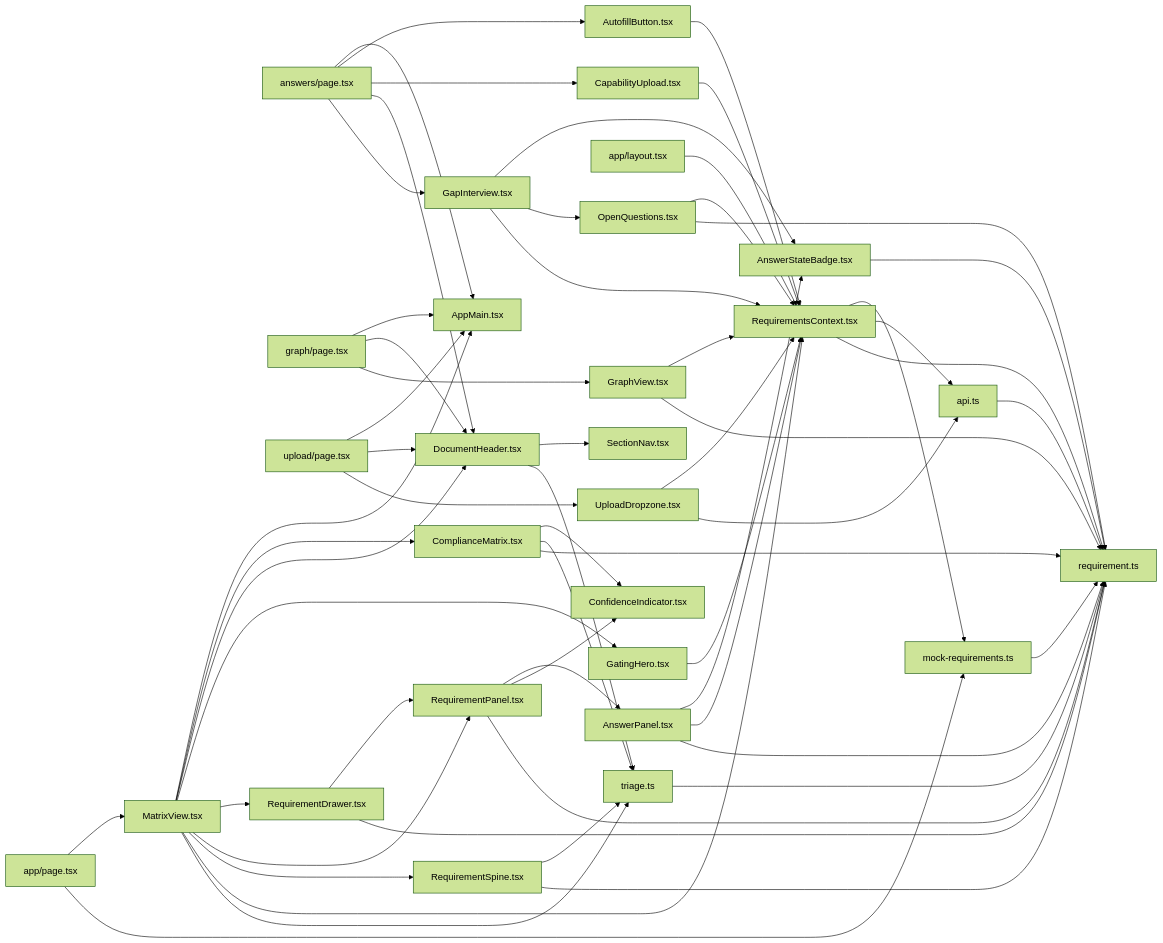
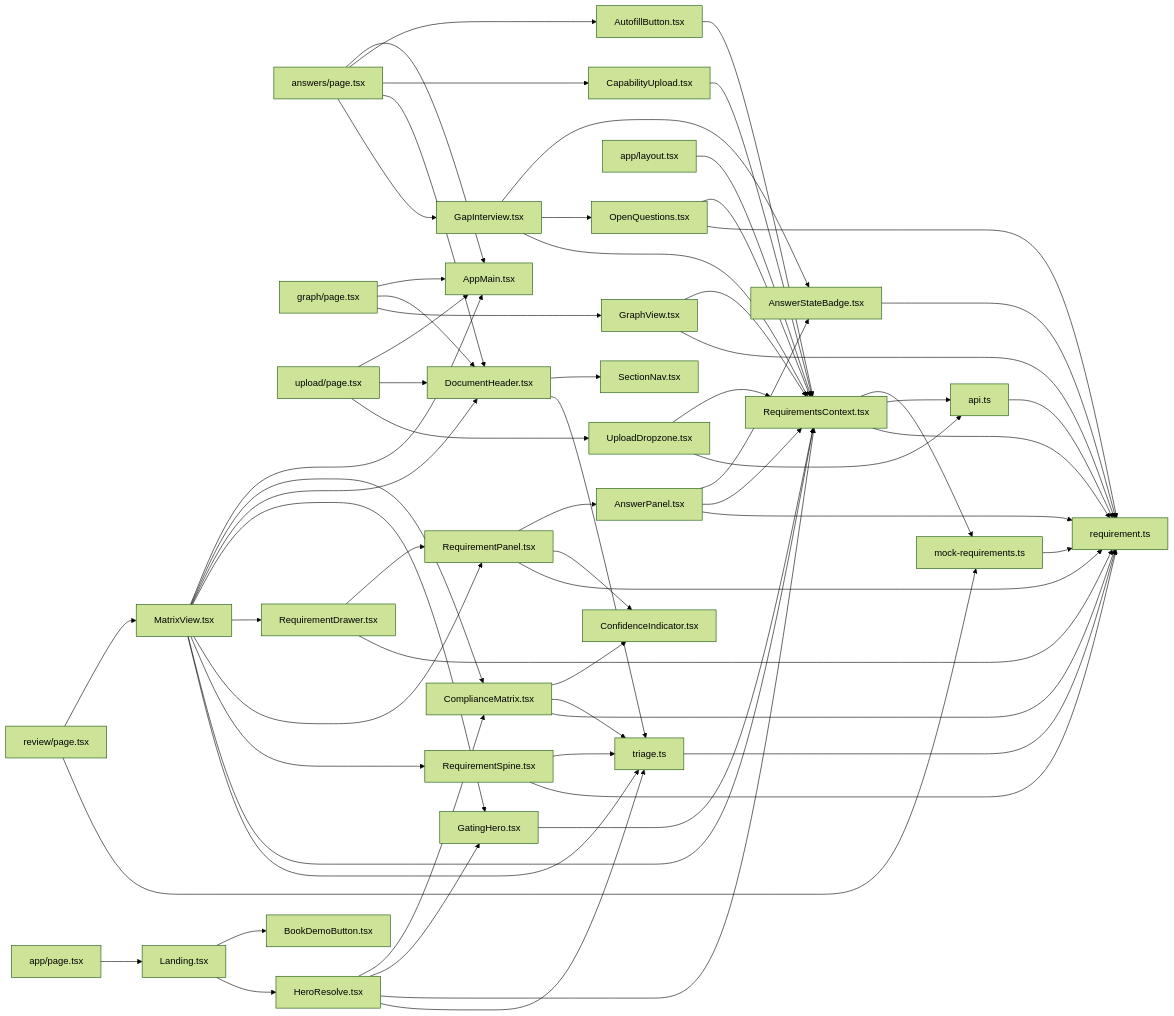
The second of 3 diagrams in CODEMAP.md (Welddevelopment/Bidframe), drawn with Mermaid (forest theme) before and after one commit. The commit also changed other lines of this file and 9 other files, not shown here.

First line of the commit message:
frontend: build the public landing page at / (executing Jawad's brief)

````diff
--- a/CODEMAP.md
+++ b/CODEMAP.md
@@ -43,60 +43,67 @@
 ```mermaid
 graph LR
   n0[answers/page.tsx] --> n1[AppMain.tsx]
   n0[answers/page.tsx] --> n2[AutofillButton.tsx]
   n0[answers/page.tsx] --> n3[CapabilityUpload.tsx]
   n0[answers/page.tsx] --> n4[DocumentHeader.tsx]
   n0[answers/page.tsx] --> n5[GapInterview.tsx]
   n6[graph/page.tsx] --> n1[AppMain.tsx]
   n6[graph/page.tsx] --> n4[DocumentHeader.tsx]
   n6[graph/page.tsx] --> n7[GraphView.tsx]
   n8[app/layout.tsx] --> n9[RequirementsContext.tsx]
-  n10[app/page.tsx] --> n11[MatrixView.tsx]
-  n10[app/page.tsx] --> n12[mock-requirements.ts]
-  n13[upload/page.tsx] --> n1[AppMain.tsx]
-  n13[upload/page.tsx] --> n4[DocumentHeader.tsx]
-  n13[upload/page.tsx] --> n14[UploadDropzone.tsx]
-  n15[AnswerPanel.tsx] --> n16[AnswerStateBadge.tsx]
-  n15[AnswerPanel.tsx] --> n9[RequirementsContext.tsx]
-  n15[AnswerPanel.tsx] --> n17[requirement.ts]
-  n16[AnswerStateBadge.tsx] --> n17[requirement.ts]
+  n10[app/page.tsx] --> n11[Landing.tsx]
+  n12[review/page.tsx] --> n13[MatrixView.tsx]
+  n12[review/page.tsx] --> n14[mock-requirements.ts]
+  n15[upload/page.tsx] --> n1[AppMain.tsx]
+  n15[upload/page.tsx] --> n4[DocumentHeader.tsx]
+  n15[upload/page.tsx] --> n16[UploadDropzone.tsx]
+  n17[AnswerPanel.tsx] --> n18[AnswerStateBadge.tsx]
+  n17[AnswerPanel.tsx] --> n9[RequirementsContext.tsx]
+  n17[AnswerPanel.tsx] --> n19[requirement.ts]
+  n18[AnswerStateBadge.tsx] --> n19[requirement.ts]
   n2[AutofillButton.tsx] --> n9[RequirementsContext.tsx]
   n3[CapabilityUpload.tsx] --> n9[RequirementsContext.tsx]
-  n18[ComplianceMatrix.tsx] --> n19[ConfidenceIndicator.tsx]
-  n18[ComplianceMatrix.tsx] --> n20[triage.ts]
-  n18[ComplianceMatrix.tsx] --> n17[requirement.ts]
-  n4[DocumentHeader.tsx] --> n21[SectionNav.tsx]
-  n4[DocumentHeader.tsx] --> n20[triage.ts]
-  n5[GapInterview.tsx] --> n16[AnswerStateBadge.tsx]
-  n5[GapInterview.tsx] --> n22[OpenQuestions.tsx]
+  n20[ComplianceMatrix.tsx] --> n21[ConfidenceIndicator.tsx]
+  n20[ComplianceMatrix.tsx] --> n22[triage.ts]
+  n20[ComplianceMatrix.tsx] --> n19[requirement.ts]
+  n4[DocumentHeader.tsx] --> n23[SectionNav.tsx]
+  n4[DocumentHeader.tsx] --> n22[triage.ts]
+  n5[GapInterview.tsx] --> n18[AnswerStateBadge.tsx]
+  n5[GapInterview.tsx] --> n24[OpenQuestions.tsx]
   n5[GapInterview.tsx] --> n9[RequirementsContext.tsx]
-  n23[GatingHero.tsx] --> n9[RequirementsContext.tsx]
+  n25[GatingHero.tsx] --> n9[RequirementsContext.tsx]
   n7[GraphView.tsx] --> n9[RequirementsContext.tsx]
-  n7[GraphView.tsx] --> n17[requirement.ts]
-  n11[MatrixView.tsx] --> n1[AppMain.tsx]
-  n11[MatrixView.tsx] --> n18[ComplianceMatrix.tsx]
-  n11[MatrixView.tsx] --> n4[DocumentHeader.tsx]
-  n11[MatrixView.tsx] --> n23[GatingHero.tsx]
-  n11[MatrixView.tsx] --> n24[RequirementDrawer.tsx]
-  n11[MatrixView.tsx] --> n25[RequirementPanel.tsx]
-  n11[MatrixView.tsx] --> n26[RequirementSpine.tsx]
-  n11[MatrixView.tsx] --> n9[RequirementsContext.tsx]
-  n11[MatrixView.tsx] --> n20[triage.ts]
-  n22[OpenQuestions.tsx] --> n9[RequirementsContext.tsx]
-  n22[OpenQuestions.tsx] --> n17[requirement.ts]
-  n24[RequirementDrawer.tsx] --> n25[RequirementPanel.tsx]
-  n24[RequirementDrawer.tsx] --> n17[requirement.ts]
-  n25[RequirementPanel.tsx] --> n15[AnswerPanel.tsx]
-  n25[RequirementPanel.tsx] --> n19[ConfidenceIndicator.tsx]
-  n25[RequirementPanel.tsx] --> n17[requirement.ts]
-  n26[RequirementSpine.tsx] --> n20[triage.ts]
-  n26[RequirementSpine.tsx] --> n17[requirement.ts]
-  n14[UploadDropzone.tsx] --> n9[RequirementsContext.tsx]
-  n14[UploadDropzone.tsx] --> n27[api.ts]
-  n9[RequirementsContext.tsx] --> n12[mock-requirements.ts]
-  n9[RequirementsContext.tsx] --> n27[api.ts]
-  n9[RequirementsContext.tsx] --> n17[requirement.ts]
-  n12[mock-requirements.ts] --> n17[requirement.ts]
-  n27[api.ts] --> n17[requirement.ts]
-  n20[triage.ts] --> n17[requirement.ts]
+  n7[GraphView.tsx] --> n19[requirement.ts]
+  n13[MatrixView.tsx] --> n1[AppMain.tsx]
+  n13[MatrixView.tsx] --> n20[ComplianceMatrix.tsx]
+  n13[MatrixView.tsx] --> n4[DocumentHeader.tsx]
+  n13[MatrixView.tsx] --> n25[GatingHero.tsx]
+  n13[MatrixView.tsx] --> n26[RequirementDrawer.tsx]
+  n13[MatrixView.tsx] --> n27[RequirementPanel.tsx]
+  n13[MatrixView.tsx] --> n28[RequirementSpine.tsx]
+  n13[MatrixView.tsx] --> n9[RequirementsContext.tsx]
+  n13[MatrixView.tsx] --> n22[triage.ts]
+  n24[OpenQuestions.tsx] --> n9[RequirementsContext.tsx]
+  n24[OpenQuestions.tsx] --> n19[requirement.ts]
+  n26[RequirementDrawer.tsx] --> n27[RequirementPanel.tsx]
+  n26[RequirementDrawer.tsx] --> n19[requirement.ts]
+  n27[RequirementPanel.tsx] --> n17[AnswerPanel.tsx]
+  n27[RequirementPanel.tsx] --> n21[ConfidenceIndicator.tsx]
+  n27[RequirementPanel.tsx] --> n19[requirement.ts]
+  n28[RequirementSpine.tsx] --> n22[triage.ts]
+  n28[RequirementSpine.tsx] --> n19[requirement.ts]
+  n16[UploadDropzone.tsx] --> n9[RequirementsContext.tsx]
+  n16[UploadDropzone.tsx] --> n29[api.ts]
+  n30[HeroResolve.tsx] --> n20[ComplianceMatrix.tsx]
+  n30[HeroResolve.tsx] --> n25[GatingHero.tsx]
+  n30[HeroResolve.tsx] --> n9[RequirementsContext.tsx]
+  n30[HeroResolve.tsx] --> n22[triage.ts]
+  n11[Landing.tsx] --> n31[BookDemoButton.tsx]
+  n11[Landing.tsx] --> n30[HeroResolve.tsx]
+  n9[RequirementsContext.tsx] --> n14[mock-requirements.ts]
+  n9[RequirementsContext.tsx] --> n29[api.ts]
+  n9[RequirementsContext.tsx] --> n19[requirement.ts]
+  n14[mock-requirements.ts] --> n19[requirement.ts]
+  n29[api.ts] --> n19[requirement.ts]
+  n22[triage.ts] --> n19[requirement.ts]
 ```
````
